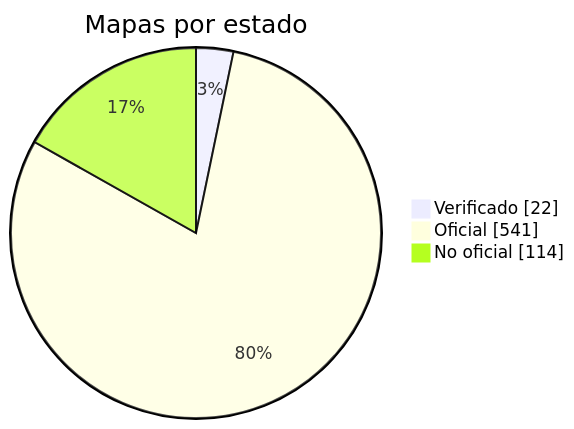
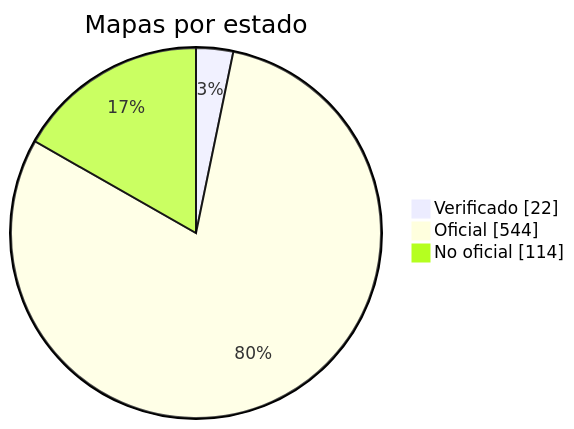
Before and after one commit to nobrega8/mbmap-library: the diagram in docs/readme/README_ES.md, drawn with Mermaid. The commit also changed 8 other files, not shown here.

````diff
--- a/docs/readme/README_ES.md
+++ b/docs/readme/README_ES.md
@@ -54,7 +54,7 @@
 ```mermaid
 pie showData
     title Mapas por estado
     "Verificado" : 22
-    "Oficial" : 541
+    "Oficial" : 544
     "No oficial" : 114
 ```
````
